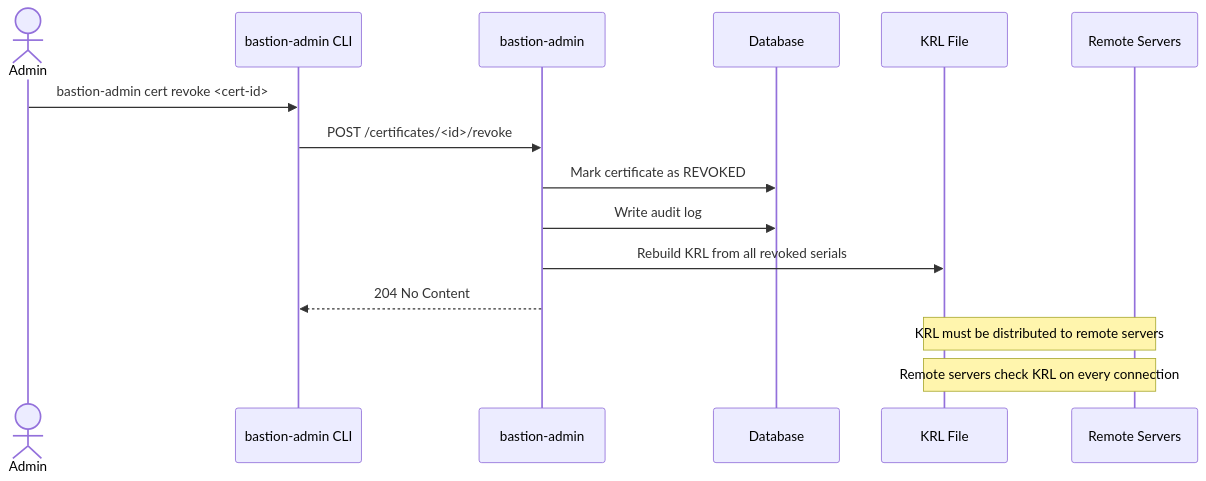
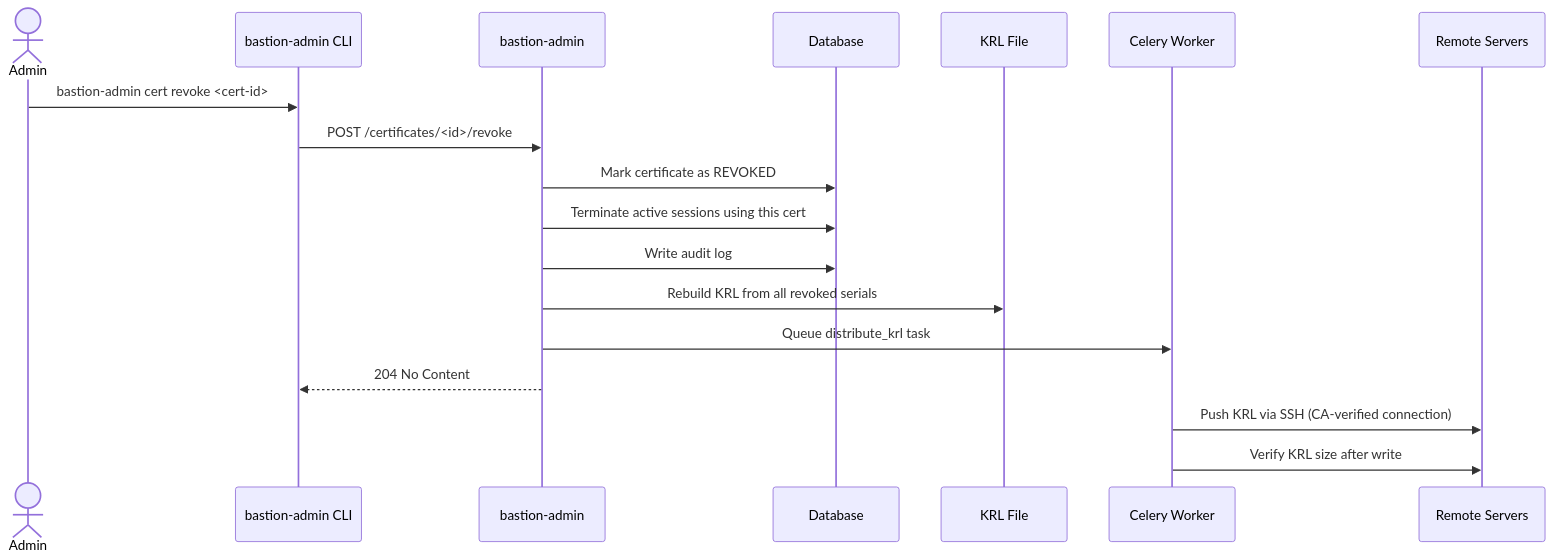
One commit to disappointingsupernova/bastion changed the third of 7 diagrams in docs/architecture.md. Above: the diagram before and after it, drawn with Mermaid. The commit also changed other lines of this file and 9 other files, not shown here.

````diff
--- a/docs/architecture.md
+++ b/docs/architecture.md
@@ -157,18 +177,21 @@
 ```mermaid
 sequenceDiagram
     actor Admin
     participant ACLI as bastion-admin CLI
     participant AAPI as bastion-admin
     participant DB as Database
     participant KRL as KRL File
+    participant WORKER as Celery Worker
     participant Remote as Remote Servers
 
     Admin->>ACLI: bastion-admin cert revoke <cert-id>
     ACLI->>AAPI: POST /certificates/<id>/revoke
     AAPI->>DB: Mark certificate as REVOKED
+    AAPI->>DB: Terminate active sessions using this cert
     AAPI->>DB: Write audit log
     AAPI->>KRL: Rebuild KRL from all revoked serials
+    AAPI->>WORKER: Queue distribute_krl task
     AAPI-->>ACLI: 204 No Content
-    Note over KRL,Remote: KRL must be distributed to remote servers
-    Note over KRL,Remote: Remote servers check KRL on every connection
+    WORKER->>Remote: Push KRL via SSH (CA-verified connection)
+    WORKER->>Remote: Verify KRL size after write
 ```
````
